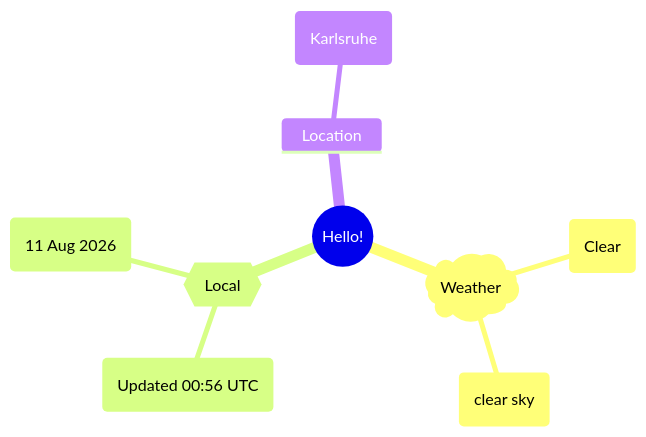
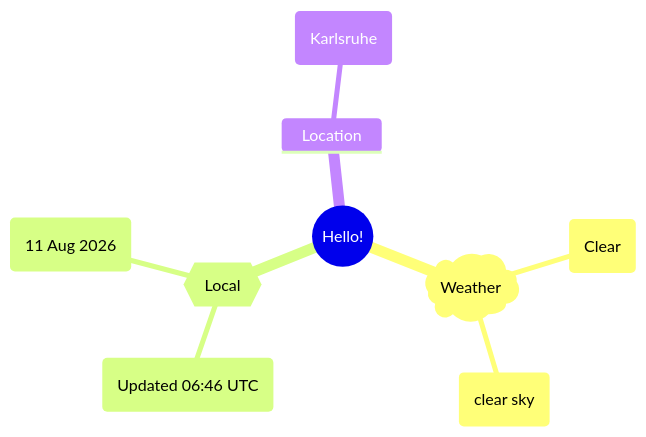
Before and after one commit to Xosrov/Xosrov: the first of 2 diagrams in README.md, drawn with Mermaid.

Commit message:
[bot] updated images

````diff
--- a/README.md
+++ b/README.md
@@ -3,12 +3,12 @@
 ```mermaid
 mindmap
   root((Hello!))
     )Weather(
         (Clear)
         (clear sky)
     {{Local}}
-        (Updated 00:56 UTC)
+        (Updated 06:46 UTC)
         (11 Aug 2026)
     Location
         (Karlsruhe)
 ```
````
